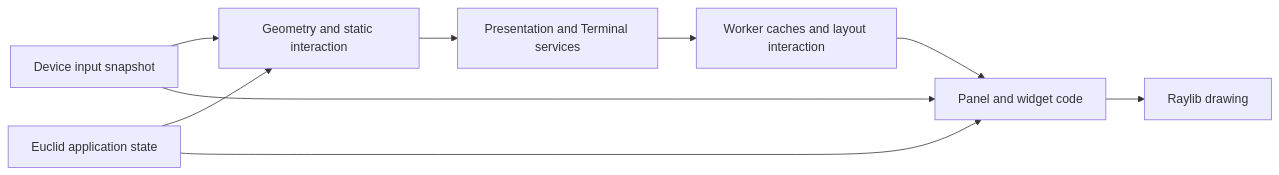
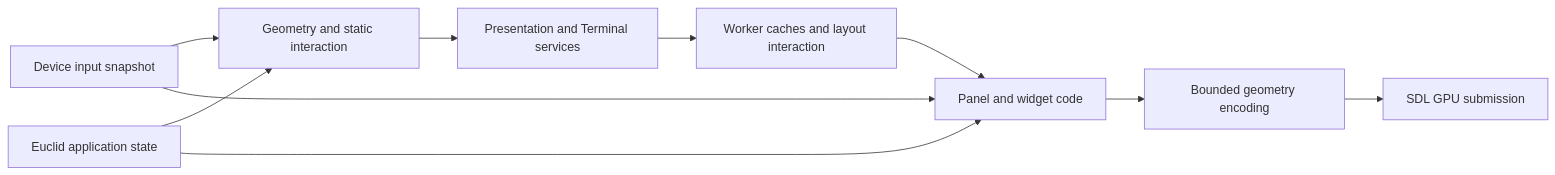
Before and after one commit to derekshoneycutt/Euclid: the first of 5 diagrams in docs/wiki/Guides/UiSystem.md, drawn with Mermaid. The commit also changed other lines of this file and 65 other files, not shown here.

````diff
--- a/docs/wiki/Guides/UiSystem.md
+++ b/docs/wiki/Guides/UiSystem.md
@@ -65,19 +66,21 @@
 ```mermaid
 flowchart LR
     Input[Device input snapshot]
     State[Euclid application state]
     Layout[Geometry and static interaction]
     Services[Presentation and Terminal services]
     Prepare[Worker caches and layout interaction]
     Panels[Panel and widget code]
-    Draw[Raylib drawing]
+    Draw[Bounded geometry encoding]
+    Submit[SDL GPU submission]
 
     Input --> Layout
     State --> Layout
     Layout --> Services
     Services --> Prepare
     State --> Panels
     Input --> Panels
     Prepare --> Panels
     Panels --> Draw
+    Draw --> Submit
 ```
````
